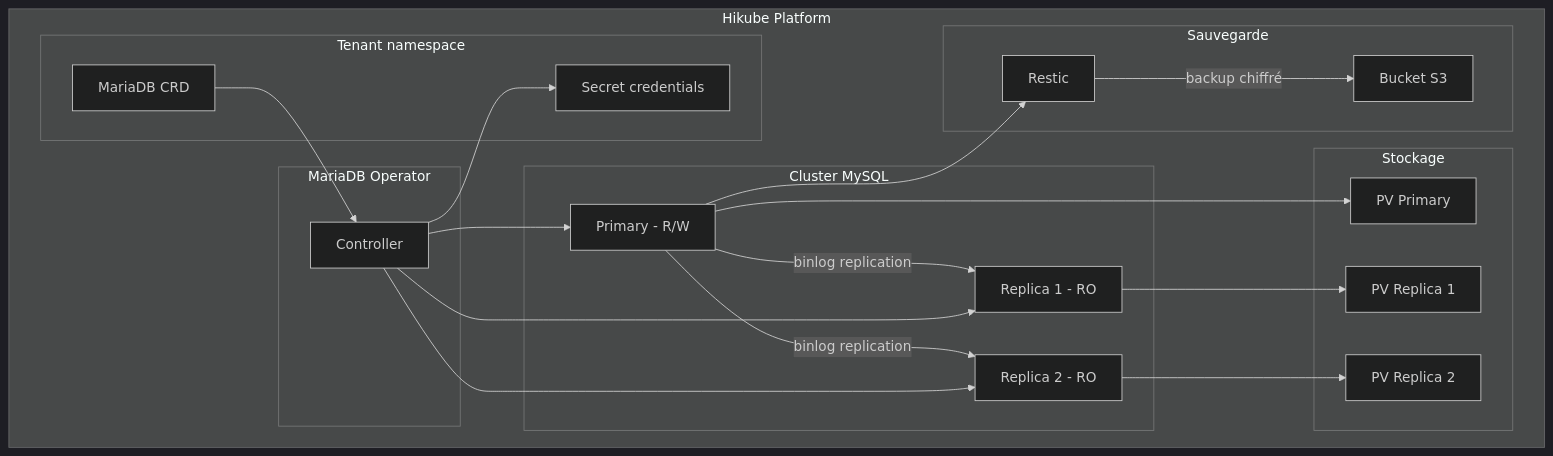
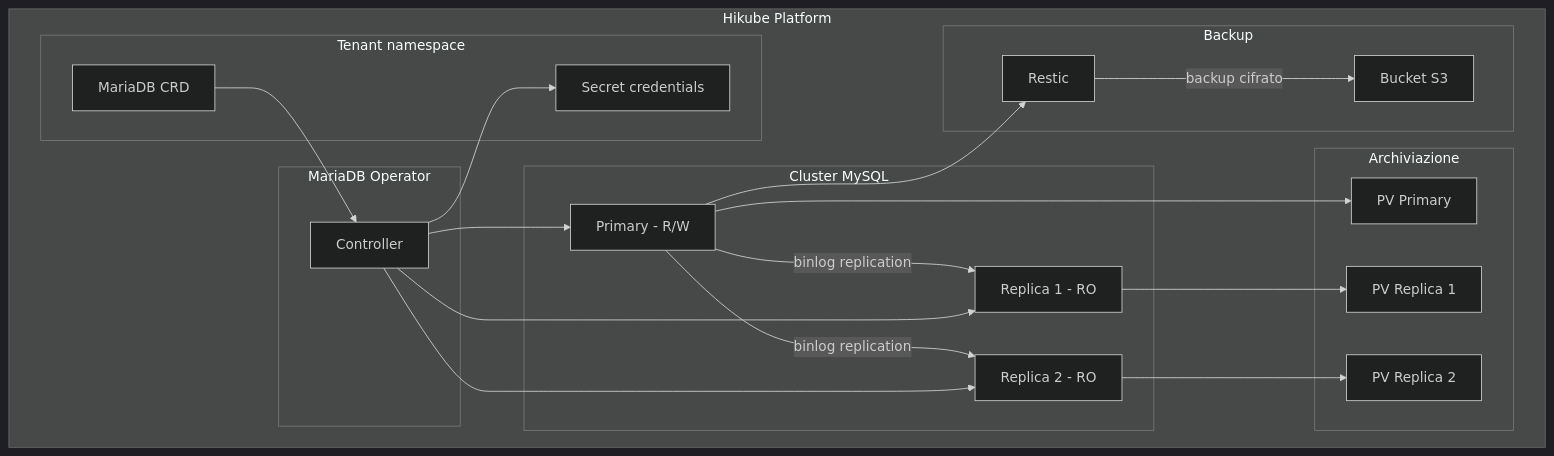
The first of 2 diagrams in i18n/it/docusaurus-plugin-content-docs/current/services/databases/mysql/concepts.md (HidoraSwiss/hikube-public-doc), drawn with Mermaid (dark theme) before and after one commit. The commit also changed other lines of this file and 121 other files, not shown here.

````diff
--- a/i18n/it/docusaurus-plugin-content-docs/current/services/databases/mysql/concepts.md
+++ b/i18n/it/docusaurus-plugin-content-docs/current/services/databases/mysql/concepts.md
@@ -12,43 +12,43 @@
 ```mermaid
 graph TB
     subgraph "Hikube Platform"
         subgraph "Tenant namespace"
             CR[MariaDB CRD]
             SEC[Secret credentials]
         end
 
         subgraph "MariaDB Operator"
             OP[Controller]
         end
 
         subgraph "Cluster MySQL"
             P[Primary - R/W]
             R1[Replica 1 - RO]
             R2[Replica 2 - RO]
         end
 
-        subgraph "Stockage"
+        subgraph "Archiviazione"
             PV1[PV Primary]
             PV2[PV Replica 1]
             PV3[PV Replica 2]
         end
 
-        subgraph "Sauvegarde"
+        subgraph "Backup"
             S3[Bucket S3]
             RES[Restic]
         end
     end
 
     CR --> OP
     OP --> P
     OP --> R1
     OP --> R2
     P -->|binlog replication| R1
     P -->|binlog replication| R2
     P --> PV1
     R1 --> PV2
     R2 --> PV3
-    RES -->|backup chiffré| S3
+    RES -->|backup cifrato| S3
     P --> RES
     OP --> SEC
 ```
````
